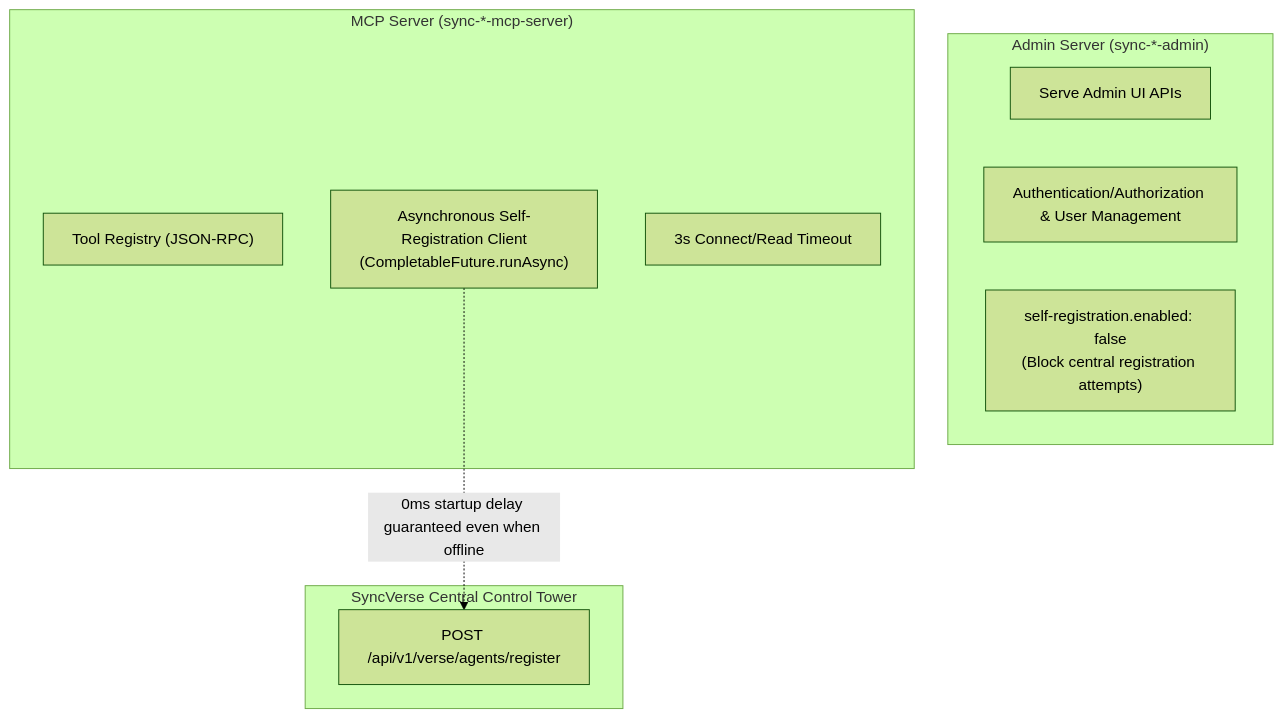
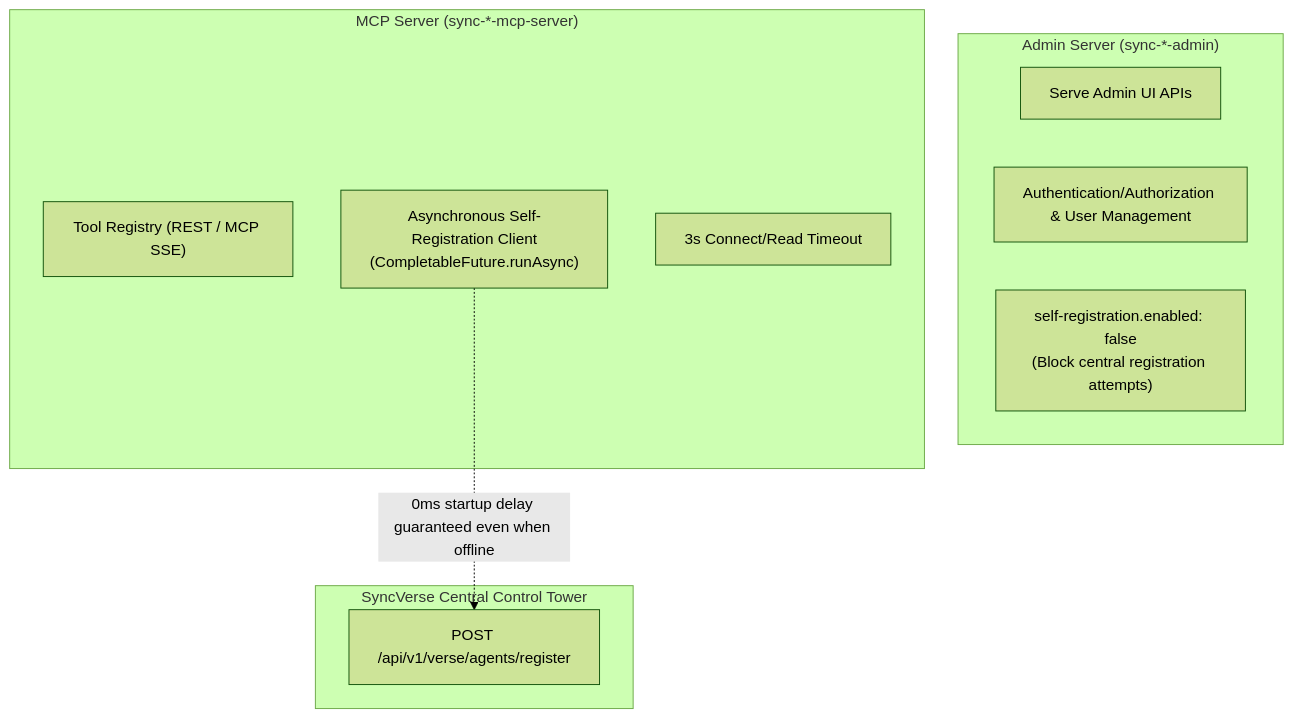
Before and after one commit to DramaticCollaboration/doc.github.io: the third of 3 diagrams in en/syncverse/architecture.md, drawn with Mermaid (forest theme). The commit also changed other lines of this file and 4 other files, not shown here.

````diff
--- a/en/syncverse/architecture.md
+++ b/en/syncverse/architecture.md
@@ -171,20 +171,20 @@
 ```mermaid
 graph TD
     subgraph AdminRuntime ["Admin Server (sync-*-admin)"]
         UI["Serve Admin UI APIs"]
         Auth["Authentication/Authorization & User Management"]
         Block["self-registration.enabled: false<br/>(Block central registration attempts)"]
     end
 
     subgraph McpRuntime ["MCP Server (sync-*-mcp-server)"]
-        ToolRegistry["Tool Registry (JSON-RPC)"]
+        ToolRegistry["Tool Registry (REST / MCP SSE)"]
         AsyncReg["Asynchronous Self-Registration Client<br/>(CompletableFuture.runAsync)"]
         Timeout["3s Connect/Read Timeout"]
     end
 
     subgraph CenterTower ["SyncVerse Central Control Tower"]
         RegEndpoint["POST /api/v1/verse/agents/register"]
     end
 
     AsyncReg -.->|0ms startup delay guaranteed even when offline| RegEndpoint
 ```
````
